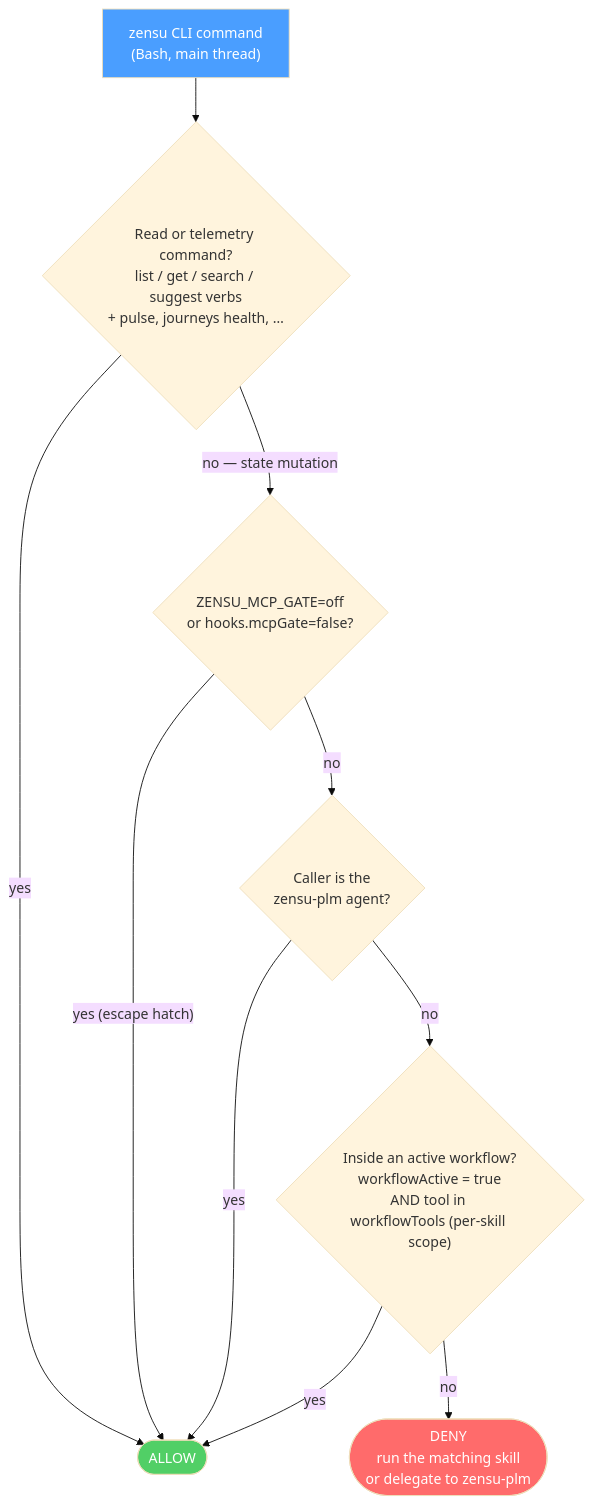
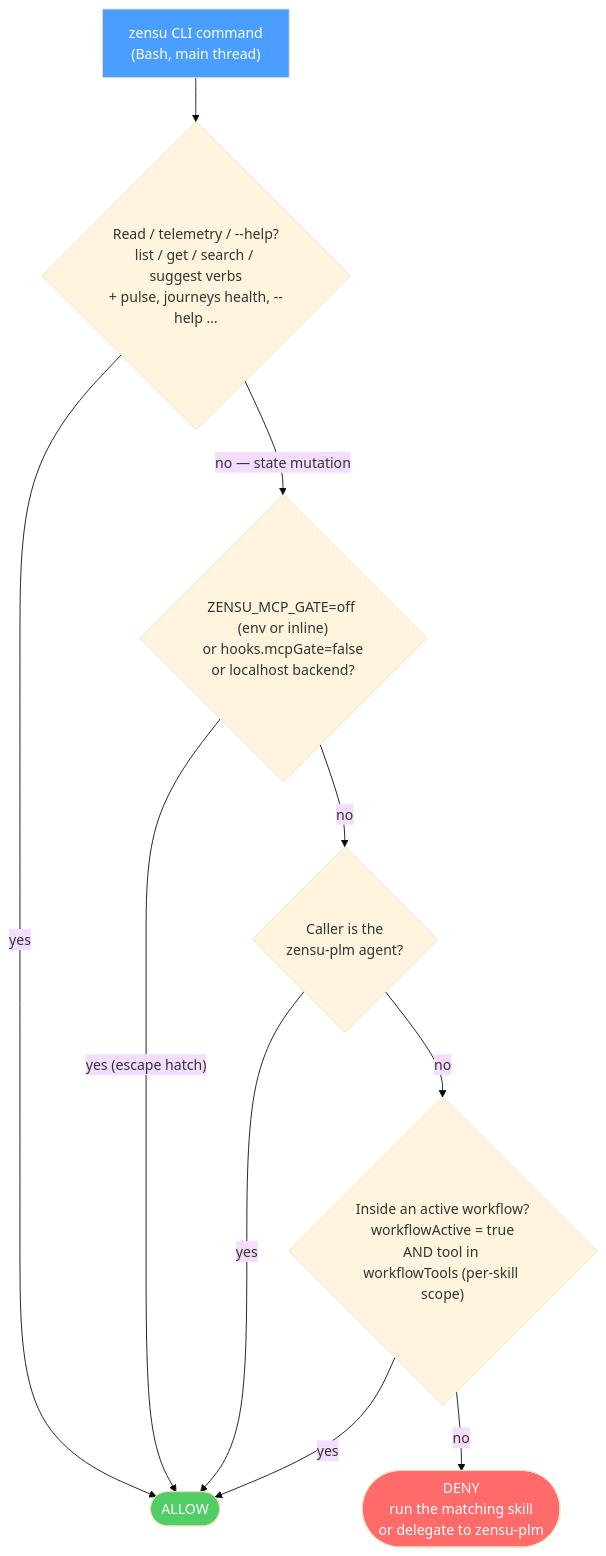
One commit to MKITConsulting/zensu-claude-code changed the second of 2 diagrams in README.md. Above: the diagram before and after it, drawn with Mermaid (base theme). The commit also changed other lines of this file and 3 other files, not shown here.

First line of the commit message:
fix(hooks): narrow zensu CLI write-gate to its threat model

````diff
--- a/README.md
+++ b/README.md
@@ -102,16 +102,16 @@
 ```mermaid
 flowchart TD
-    A["zensu CLI command<br/>(Bash, main thread)"] --> B{"Read or telemetry command?<br/>list / get / search / suggest verbs<br/>+ pulse, journeys health, …"}
+    A["zensu CLI command<br/>(Bash, main thread)"] --> B{"Read / telemetry / --help?<br/>list / get / search / suggest verbs<br/>+ pulse, journeys health, --help …"}
     B -->|"yes"| ALLOW(["ALLOW"])
-    B -->|"no — state mutation"| C{"ZENSU_MCP_GATE=off<br/>or hooks.mcpGate=false?"}
+    B -->|"no — state mutation"| C{"ZENSU_MCP_GATE=off (env or inline)<br/>or hooks.mcpGate=false<br/>or localhost backend?"}
     C -->|"yes (escape hatch)"| ALLOW
     C -->|"no"| D{"Caller is the<br/>zensu-plm agent?"}
     D -->|"yes"| ALLOW
     D -->|"no"| E{"Inside an active workflow?<br/>workflowActive = true<br/>AND tool in workflowTools (per-skill scope)"}
     E -->|"yes"| ALLOW
     E -->|"no"| DENY(["DENY<br/>run the matching skill<br/>or delegate to zensu-plm"])
 
     style A fill:#4a9eff,color:#fff
     style ALLOW fill:#51cf66,color:#fff
     style DENY fill:#ff6b6b,color:#fff
 ```
````
